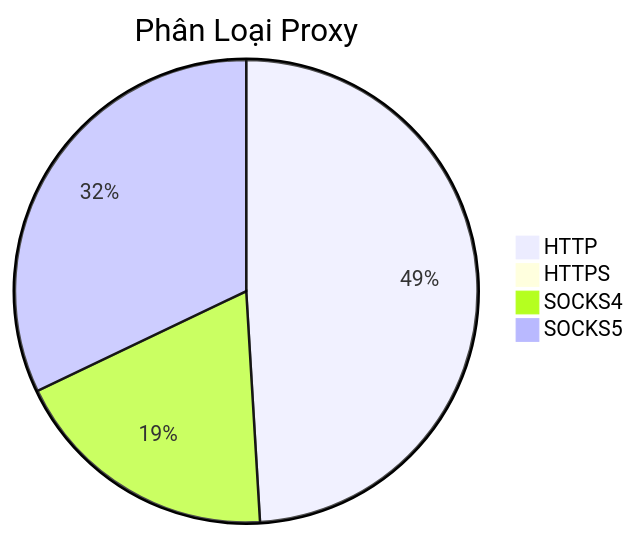
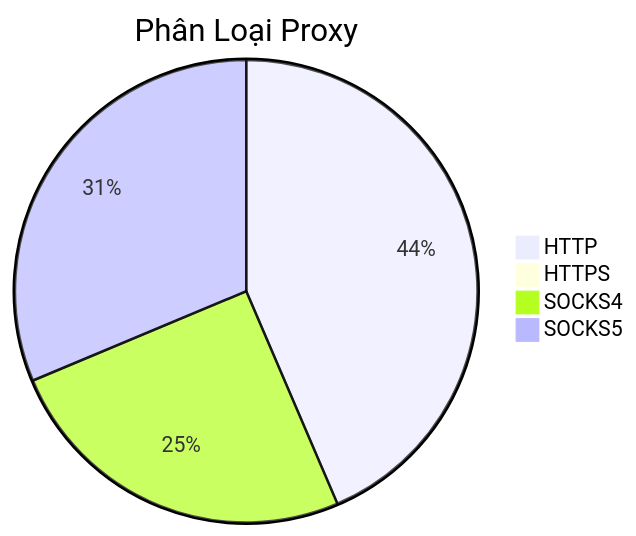
One commit to Ciara-12/PROXY-free changed the diagram in README.md. Above: the diagram before and after it, drawn with Mermaid. The commit also changed other lines of this file and 4 other files, not shown here.

````diff
--- a/README.md
+++ b/README.md
@@ -26,7 +26,7 @@
 ```mermaid
 pie title Phân Loại Proxy
-    "HTTP" : 697
-    "HTTPS" : 1
-    "SOCKS4" : 268
-    "SOCKS5" : 456
+    "HTTP" : 530
+    "HTTPS" : 0
+    "SOCKS4" : 306
+    "SOCKS5" : 381
 ```
````
